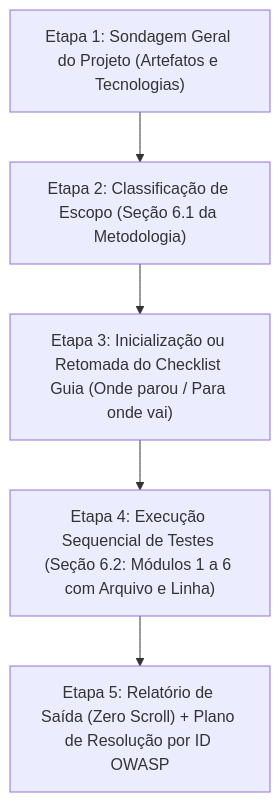
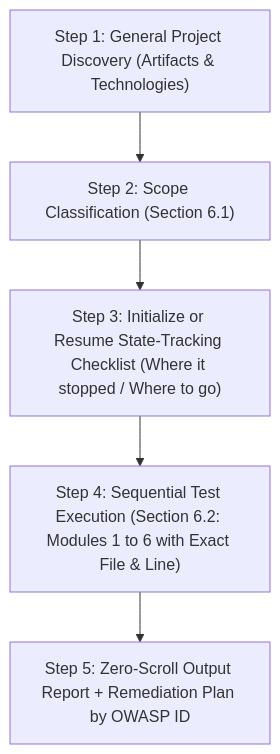
One commit to BrunoReiff/embed-sec-auditor changed the second of 4 diagrams in .agents/skills/owasp-iot-auditor/SKILL.md. Above: the diagram before and after it, drawn with Mermaid. The commit also changed other lines of this file and 9 other files, not shown here.

````diff
--- a/.agents/skills/owasp-iot-auditor/SKILL.md
+++ b/.agents/skills/owasp-iot-auditor/SKILL.md
@@ -62,7 +62,7 @@
 ```mermaid
 flowchart TD
-    A["Etapa 1: Sondagem Geral do Projeto (Artefatos e Tecnologias)"] --> B["Etapa 2: Classificação de Escopo (Seção 6.1 da Metodologia)"]
-    B --> C["Etapa 3: Inicialização ou Retomada do Checklist Guia (Onde parou / Para onde vai)"]
-    C --> D["Etapa 4: Execução Sequencial de Testes (Seção 6.2: Módulos 1 a 6 com Arquivo e Linha)"]
-    D --> E["Etapa 5: Relatório de Saída (Zero Scroll) + Plano de Resolução por ID OWASP"]
+    A["Step 1: General Project Discovery (Artifacts & Technologies)"] --> B["Step 2: Scope Classification (Section 6.1)"]
+    B --> C["Step 3: Initialize or Resume State-Tracking Checklist (Where it stopped / Where to go)"]
+    C --> D["Step 4: Sequential Test Execution (Section 6.2: Modules 1 to 6 with Exact File & Line)"]
+    D --> E["Step 5: Zero-Scroll Output Report + Remediation Plan by OWASP ID"]
 ```
````
